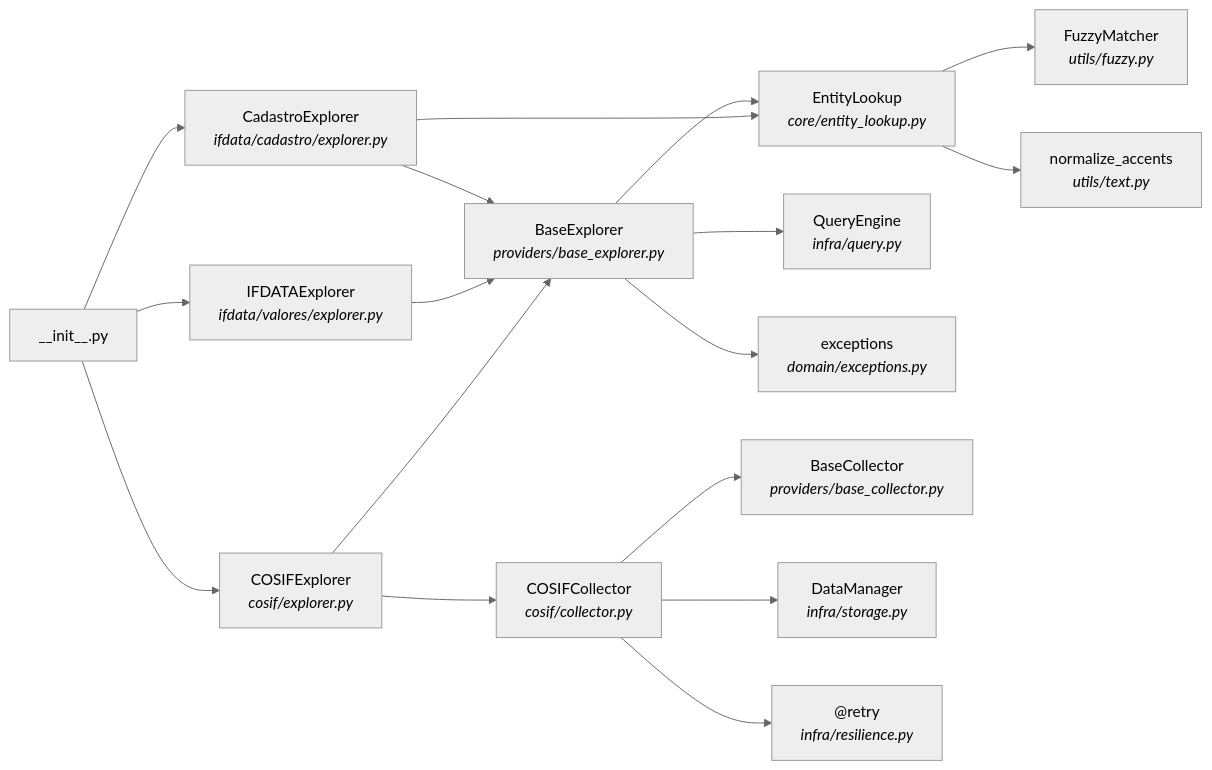
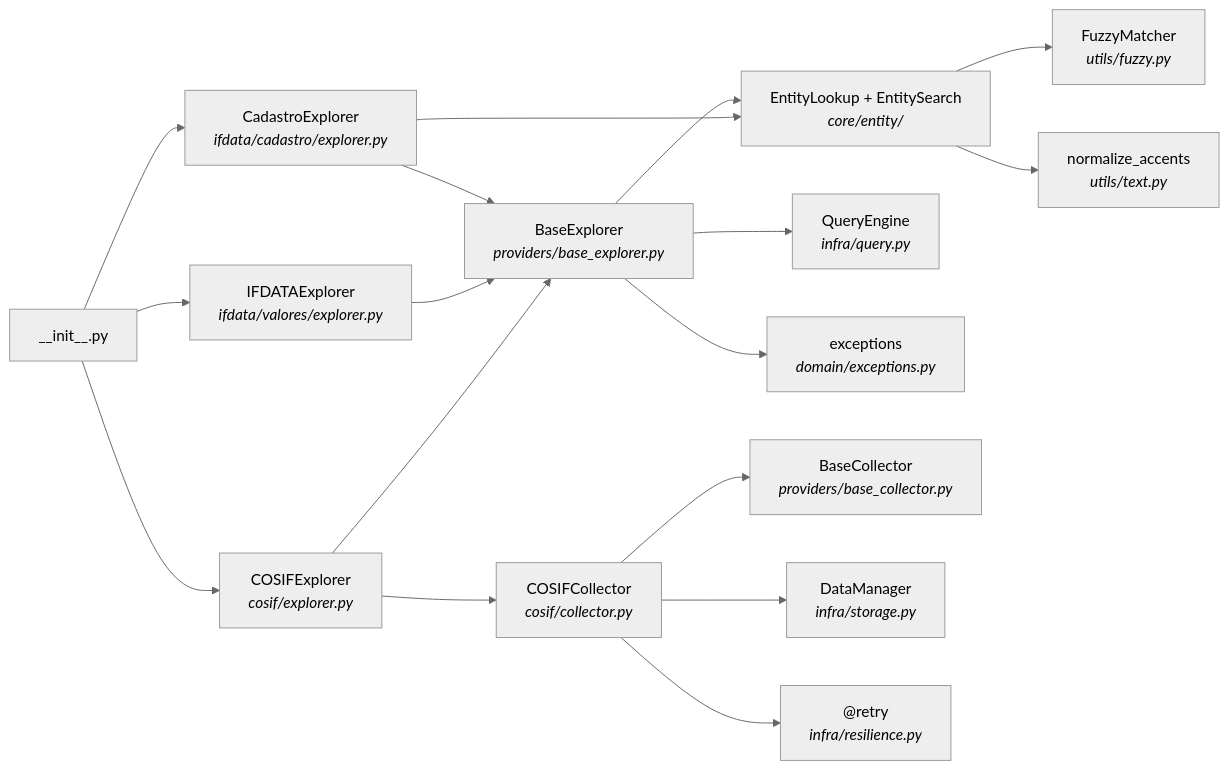
The second of 2 diagrams in docs/internals/architecture.md (enzoomoreira/ifdata-bcb), drawn with Mermaid (neutral theme) before and after one commit. The commit also changed other lines of this file and 26 other files, not shown here.

First line of the commit message:
refactor!: decompose entity_lookup into entity/ package, extract cadastro search

````diff
--- a/docs/internals/architecture.md
+++ b/docs/internals/architecture.md
@@ -352,34 +367,34 @@
 ```mermaid
 graph LR
     init["__init__.py"]
 
     cosif_exp["COSIFExplorer<br/><i>cosif/explorer.py</i>"]
     ifdata_exp["IFDATAExplorer<br/><i>ifdata/valores/explorer.py</i>"]
     cadastro_exp["CadastroExplorer<br/><i>ifdata/cadastro/explorer.py</i>"]
 
     base_exp["BaseExplorer<br/><i>providers/base_explorer.py</i>"]
-    entity["EntityLookup<br/><i>core/entity_lookup.py</i>"]
+    entity["EntityLookup + EntitySearch<br/><i>core/entity/</i>"]
     query["QueryEngine<br/><i>infra/query.py</i>"]
     exceptions["exceptions<br/><i>domain/exceptions.py</i>"]
 
     cosif_col["COSIFCollector<br/><i>cosif/collector.py</i>"]
     base_col["BaseCollector<br/><i>providers/base_collector.py</i>"]
     storage["DataManager<br/><i>infra/storage.py</i>"]
     resilience["@retry<br/><i>infra/resilience.py</i>"]
 
     fuzzy["FuzzyMatcher<br/><i>utils/fuzzy.py</i>"]
     text["normalize_accents<br/><i>utils/text.py</i>"]
 
     init --> cosif_exp & ifdata_exp & cadastro_exp
 
     cosif_exp --> base_exp
     cosif_exp --> cosif_col
     ifdata_exp --> base_exp
     cadastro_exp --> base_exp & entity
 
     base_exp --> entity & query & exceptions
 
     cosif_col --> base_col & storage & resilience
 
     entity --> fuzzy & text
 ```
````
